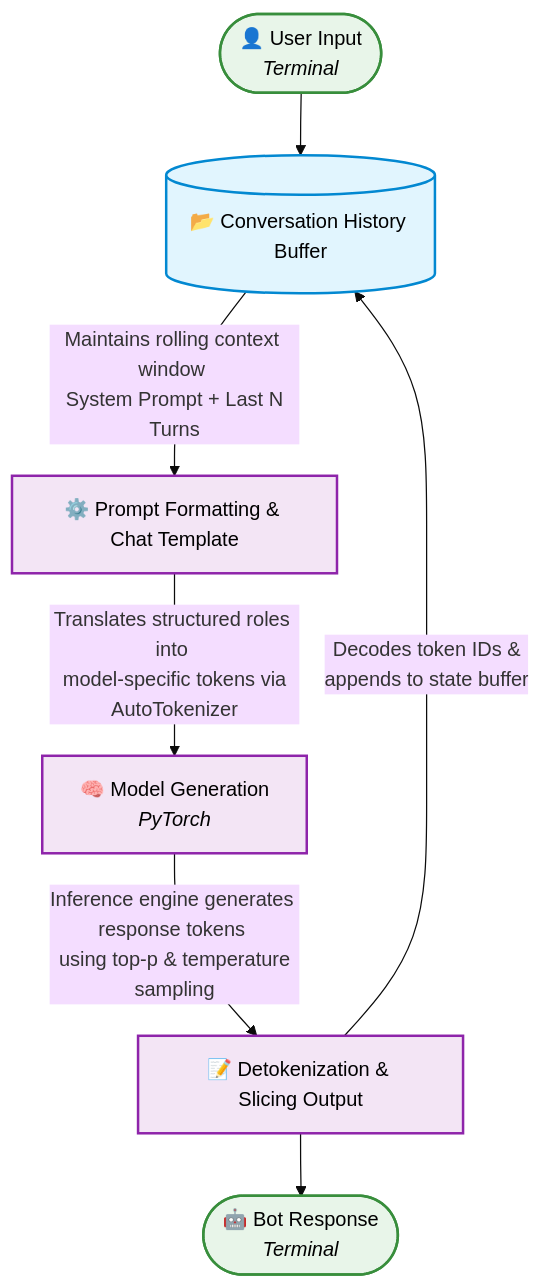
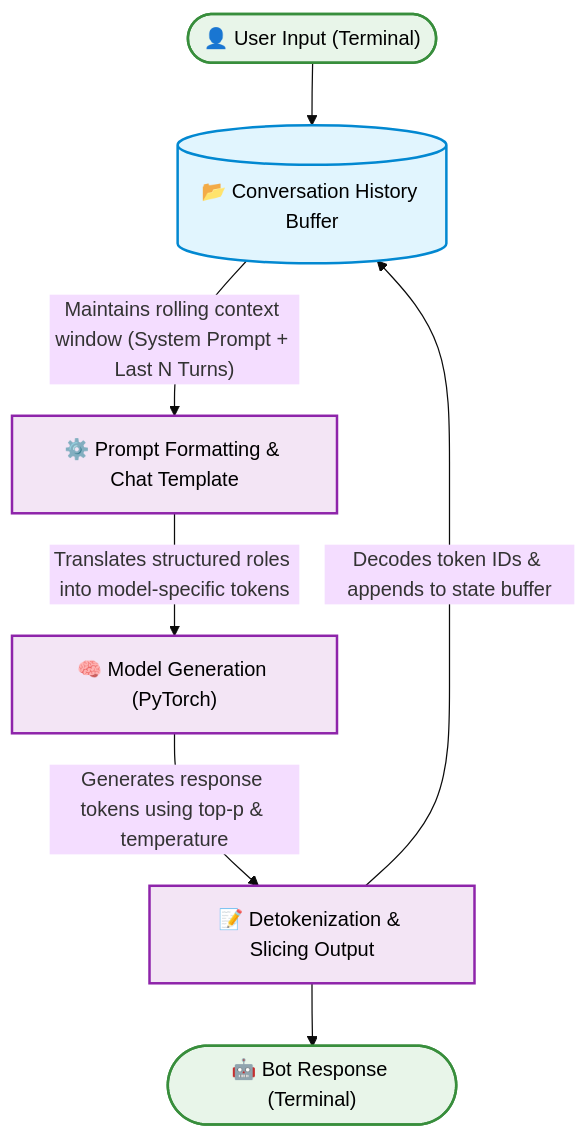
Before and after one commit to HAMED-PAYANDA/open-source-llm-chatbot: the diagram in README.md, drawn with Mermaid (base theme). The commit also changed other lines of this file, not shown here.

Commit message:
Refactor architecture flow diagram in README

````diff
--- a/README.md
+++ b/README.md
@@ -31,23 +32,21 @@
 ```mermaid
 graph TD
-    User([👤 User Input <br> <i>Terminal</i>]) --> History[(📂 Conversation History Buffer)]
+    User(["👤 User Input (Terminal)"]) --> History[("📂 Conversation History Buffer")]
     
-    History -->|Maintains rolling context window <br> System Prompt + Last N Turns| Template[⚙️ Prompt Formatting & Chat Template]
+    History -->|"Maintains rolling context window (System Prompt + Last N Turns)"| Template["⚙️ Prompt Formatting & Chat Template"]
     
-    Template -->|Translates structured roles into <br> model-specific tokens via AutoTokenizer| Generation[🧠 Model Generation <br> <i>PyTorch</i>]
+    Template -->|"Translates structured roles into model-specific tokens"| Generation["🧠 Model Generation (PyTorch)"]
     
-    Generation -->|Inference engine generates response tokens <br> using top-p & temperature sampling| Detokenization[📝 Detokenization & Slicing Output]
+    Generation -->|"Generates response tokens using top-p & temperature"| Detokenization["📝 Detokenization & Slicing Output"]
     
-    Detokenization -->|Decodes token IDs & <br> appends to state buffer| History
+    Detokenization -->|"Decodes token IDs & appends to state buffer"| History
     
-    Detokenization --> Bot([🤖 Bot Response <br> <i>Terminal</i>])
+    Detokenization --> Bot(["🤖 Bot Response (Terminal)"])
     
-    classDef default fill:#f9f9f9,stroke:#333,stroke-width:2px,color:#000;
-    classDef database fill:#e1f5fe,stroke:#0288d1,stroke-width:2px,color:#000;
-    classDef process fill:#f3e5f5,stroke:#8e24aa,stroke-width:2px,color:#000;
-    classDef io fill:#e8f5e9,stroke:#388e3c,stroke-width:2px,color:#000;
-    
-    class History database;
-    class Template,Generation,Detokenization process;
-    class User,Bot io;
+    style User fill:#e8f5e9,stroke:#388e3c,stroke-width:2px,color:#000
+    style History fill:#e1f5fe,stroke:#0288d1,stroke-width:2px,color:#000
+    style Template fill:#f3e5f5,stroke:#8e24aa,stroke-width:2px,color:#000
+    style Generation fill:#f3e5f5,stroke:#8e24aa,stroke-width:2px,color:#000
+    style Detokenization fill:#f3e5f5,stroke:#8e24aa,stroke-width:2px,color:#000
+    style Bot fill:#e8f5e9,stroke:#388e3c,stroke-width:2px,color:#000
 ```
````
